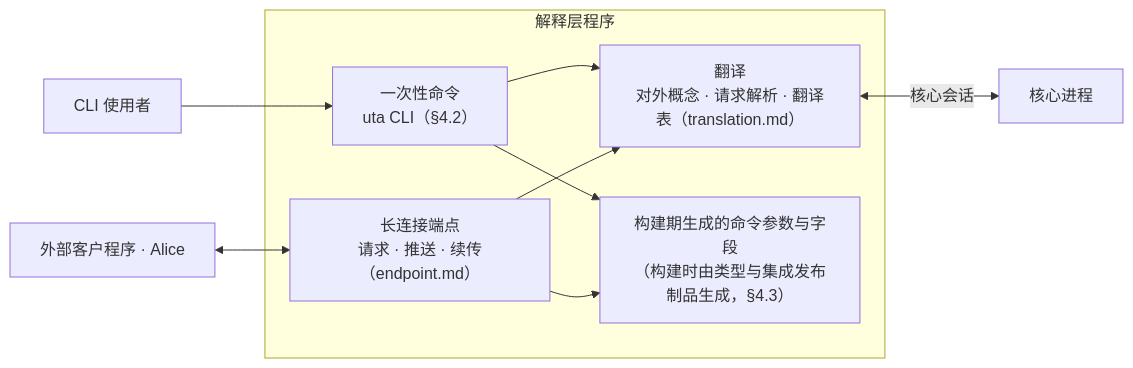
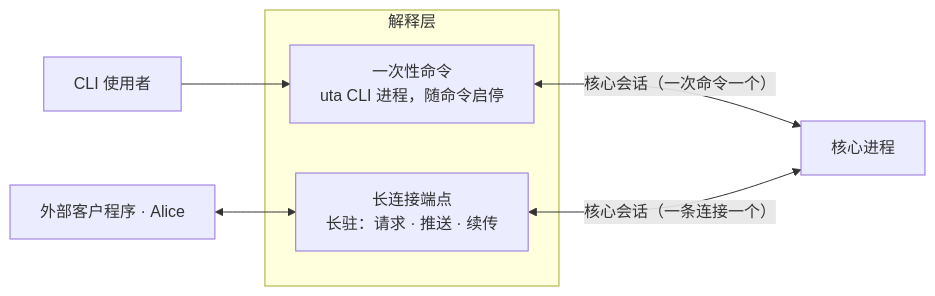
Before and after one commit to mouriya-s-lab/uta: the second of 2 diagrams in design/downstream/design.md, drawn with Mermaid. The commit also changed other lines of this file and 14 other files, not shown here.

Commit message:
docs: 解释层按 C4 拆成两个容器目录（一次性命令、长连接端点），修正端点误读

````diff
--- a/design/downstream/design.md
+++ b/design/downstream/design.md
@@ -89,19 +93,14 @@
 ```mermaid
 flowchart LR
   CLIU["CLI 使用者"]
   EXT["外部客户程序 · Alice"]
-  subgraph IL["解释层程序"]
-    CMD["一次性命令<br/>uta CLI（§4.2）"]
-    LC["长连接端点<br/>请求 · 推送 · 续传（endpoint.md）"]
-    TR["翻译<br/>对外概念 · 请求解析 · 翻译表（translation.md）"]
-    GEN["构建期生成的命令参数与字段<br/>（构建时由类型与集成发布制品生成，§4.3）"]
+  subgraph IL["解释层"]
+    CMD["一次性命令<br/>uta CLI 进程，随命令启停"]
+    LC["长连接端点<br/>长驻：请求 · 推送 · 续传"]
   end
   CORE["核心进程"]
   CLIU --> CMD
   EXT <--> LC
-  CMD --> TR
-  LC --> TR
-  CMD --> GEN
-  LC --> GEN
-  TR <-->|"核心会话"| CORE
+  CMD <-->|"核心会话（一次命令一个）"| CORE
+  LC <-->|"核心会话（一条连接一个）"| CORE
 ```
````
